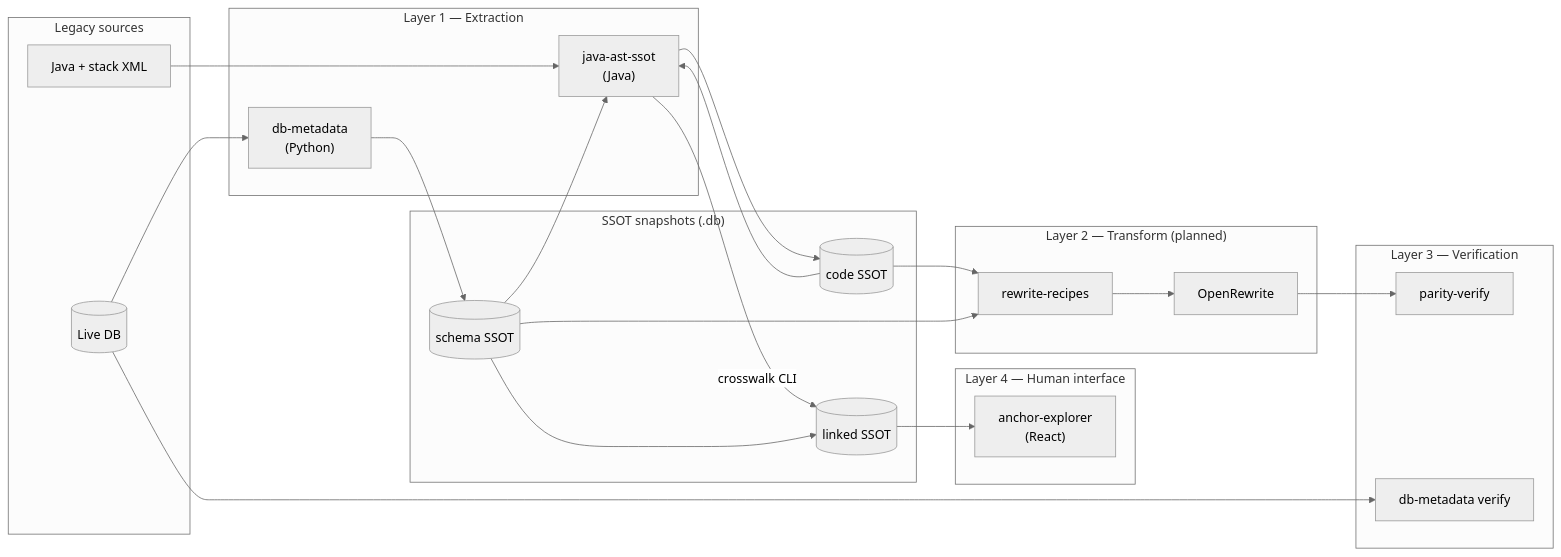
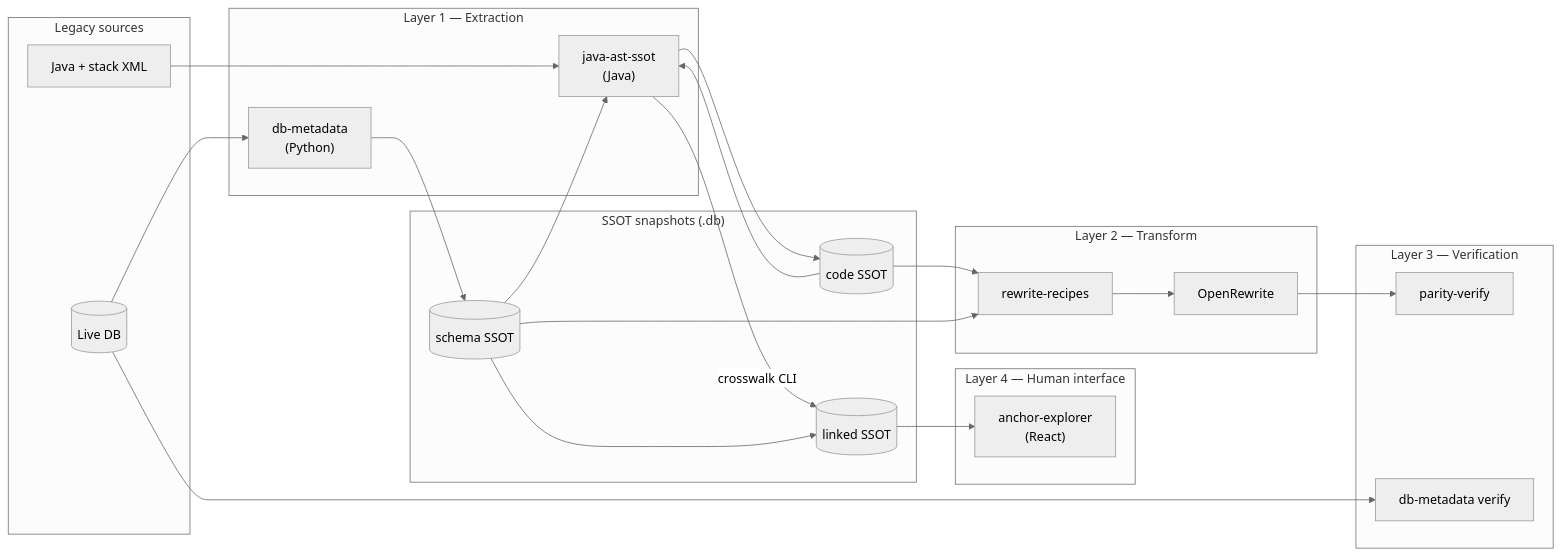
One commit to anchor-migration/migration-hub changed the first of 4 diagrams in docs/ARCHITECTURE.md. Above: the diagram before and after it, drawn with Mermaid (neutral theme). The commit also changed other lines of this file and 6 other files, not shown here.

````diff
--- a/docs/ARCHITECTURE.md
+++ b/docs/ARCHITECTURE.md
@@ -15,45 +15,45 @@
 ```mermaid
 flowchart LR
   subgraph sources["Legacy sources"]
     DB[(Live DB)]
     SRC[Java + stack XML]
   end
 
   subgraph L1["Layer 1 — Extraction"]
     DM["db-metadata<br/>(Python)"]
     JA["java-ast-ssot<br/>(Java)"]
   end
 
   subgraph snaps["SSOT snapshots (.db)"]
     SDB[(schema SSOT)]
     CDB[(code SSOT)]
     LDB[(linked SSOT)]
   end
 
   subgraph L4["Layer 4 — Human interface"]
     AE["anchor-explorer<br/>(React)"]
   end
 
-  subgraph L2["Layer 2 — Transform (planned)"]
+  subgraph L2["Layer 2 — Transform"]
     RR[rewrite-recipes]
     ORW[OpenRewrite]
   end
 
   subgraph L3["Layer 3 — Verification"]
     PV[parity-verify]
     VF["db-metadata verify"]
   end
 
   DB --> DM --> SDB
   SRC --> JA --> CDB
   SDB --> JA
   CDB --> JA
   JA -->|"crosswalk CLI"| LDB
   SDB --> LDB
   LDB --> AE
 
   CDB --> RR
   SDB --> RR
   RR --> ORW --> PV
   DB --> VF
 ```
````
